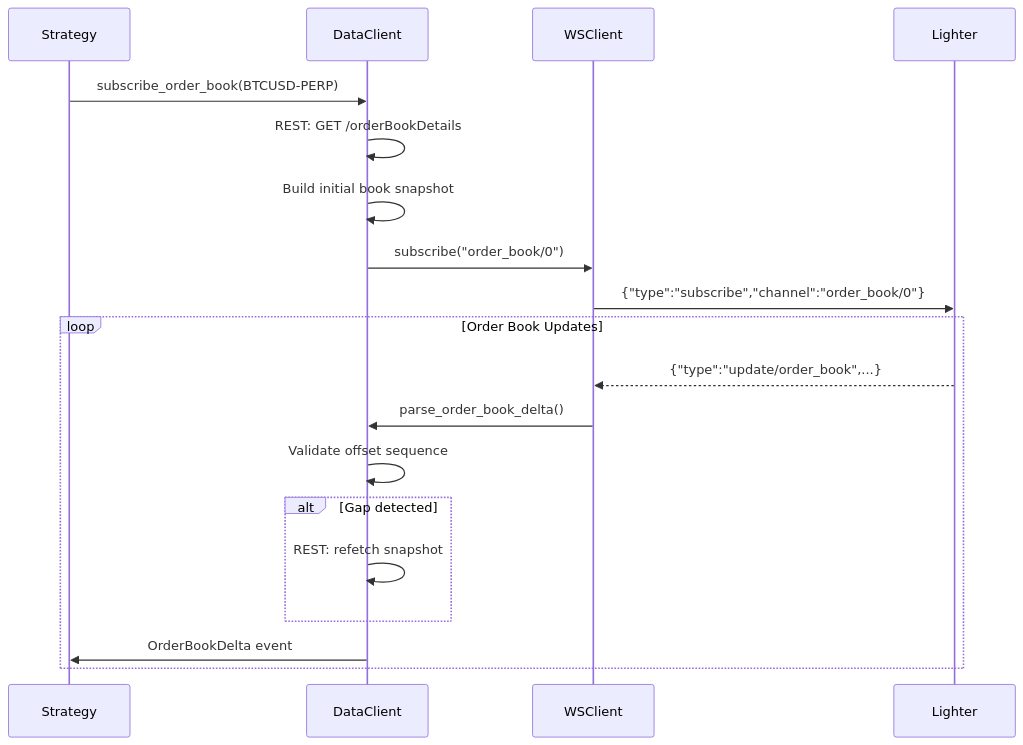
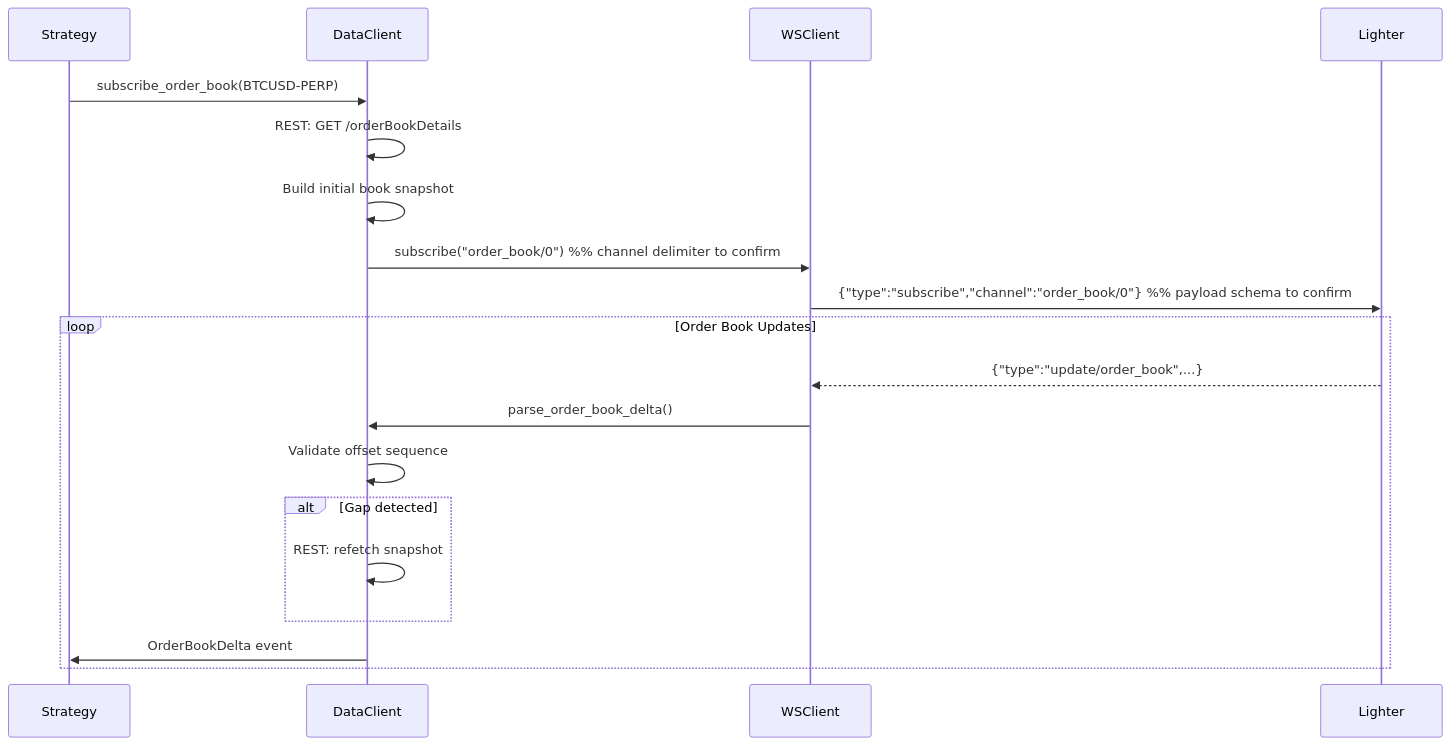
Before and after one commit to nautechsystems/nautilus_trader: the first of 2 diagrams in docs/lighter_adapter/04_INTEGRATION_DESIGN.md, drawn with Mermaid. The commit also changed other lines of this file and 8 other files, not shown here.

````diff
--- a/docs/lighter_adapter/04_INTEGRATION_DESIGN.md
+++ b/docs/lighter_adapter/04_INTEGRATION_DESIGN.md
@@ -74,23 +80,23 @@
 ```mermaid
 sequenceDiagram
     participant Strategy
     participant DataClient
     participant WSClient
     participant Lighter
 
     Strategy->>DataClient: subscribe_order_book(BTCUSD-PERP)
     DataClient->>DataClient: REST: GET /orderBookDetails
     DataClient->>DataClient: Build initial book snapshot
-    DataClient->>WSClient: subscribe("order_book/0")
-    WSClient->>Lighter: {"type":"subscribe","channel":"order_book/0"}
+    DataClient->>WSClient: subscribe("order_book/0")  %% channel delimiter to confirm
+    WSClient->>Lighter: {"type":"subscribe","channel":"order_book/0"}  %% payload schema to confirm
     
     loop Order Book Updates
         Lighter-->>WSClient: {"type":"update/order_book",...}
         WSClient->>DataClient: parse_order_book_delta()
         DataClient->>DataClient: Validate offset sequence
         alt Gap detected
             DataClient->>DataClient: REST: refetch snapshot
         end
         DataClient->>Strategy: OrderBookDelta event
     end
 ```
````
